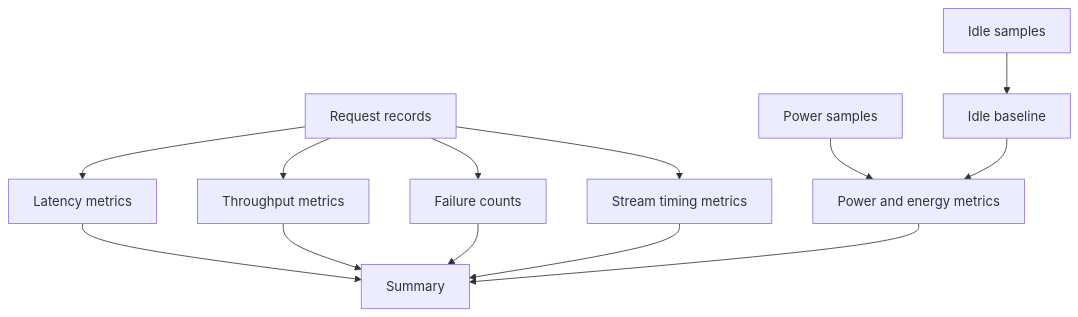
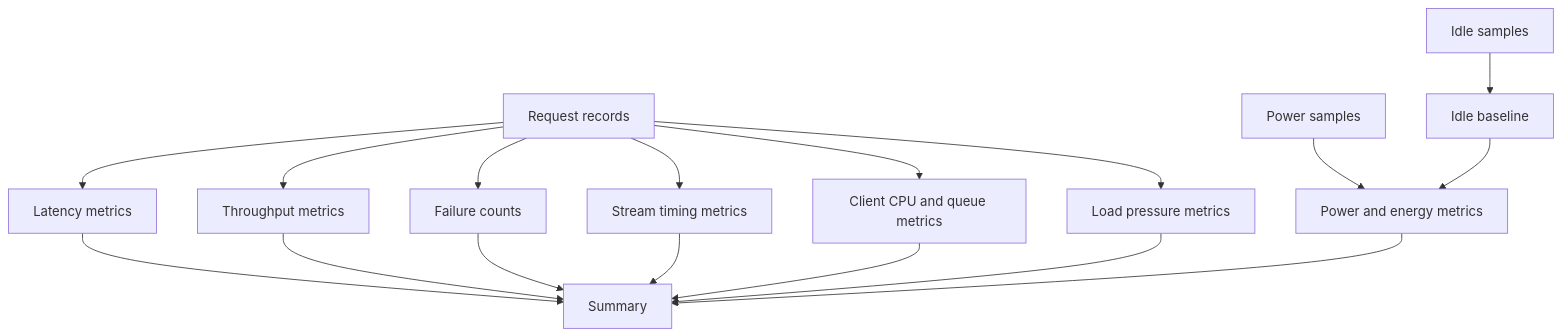
One commit to ssaketh-ch/serve-optimize changed the tenth of 16 diagrams in docs/architecture.md. Above: the diagram before and after it, drawn with Mermaid. The commit also changed other lines of this file and 15 other files, not shown here.

````diff
--- a/docs/architecture.md
+++ b/docs/architecture.md
@@ -306,15 +311,19 @@
 ```mermaid
 flowchart TD
     A[Request records] --> B[Latency metrics]
     A --> C[Throughput metrics]
     A --> D[Failure counts]
     A --> E[Stream timing metrics]
-    F[Power samples] --> G[Power and energy metrics]
-    H[Idle samples] --> I[Idle baseline]
-    I --> G
-    B --> J[Summary]
-    C --> J
-    D --> J
-    E --> J
-    G --> J
+    A --> F[Client CPU and queue metrics]
+    A --> M[Load pressure metrics]
+    G[Power samples] --> H[Power and energy metrics]
+    I[Idle samples] --> J[Idle baseline]
+    J --> H
+    B --> K[Summary]
+    C --> K
+    D --> K
+    E --> K
+    F --> K
+    M --> K
+    H --> K
 ```
````
